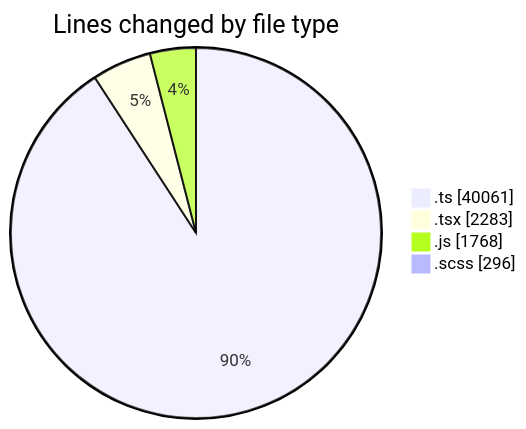
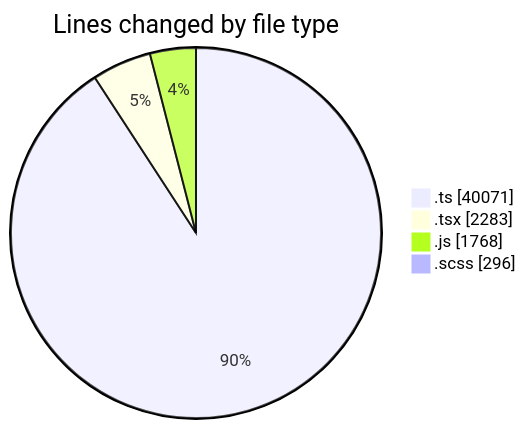
Before and after one commit to momahboobian/code-tracking: the first of 2 diagrams in 2025-06-23/cda/README.md, drawn with Mermaid. The commit also changed other lines of this file and 1 other file, not shown here.

````diff
--- a/2025-06-23/cda/README.md
+++ b/2025-06-23/cda/README.md
@@ -38,8 +38,8 @@
 ```mermaid
 pie showData
 title Lines changed by file type
-".ts" : 40061
+".ts" : 40071
 ".tsx" : 2283
 ".js" : 1768
 ".scss" : 296
 ```
````
